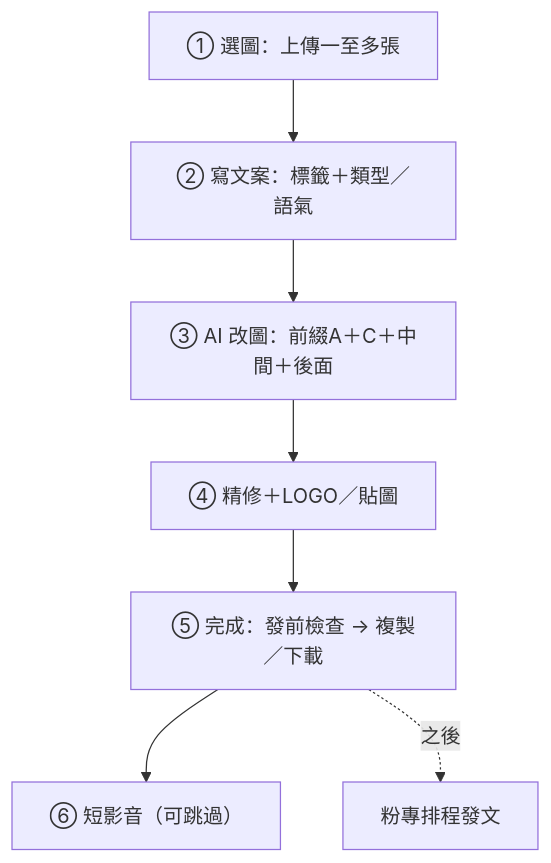
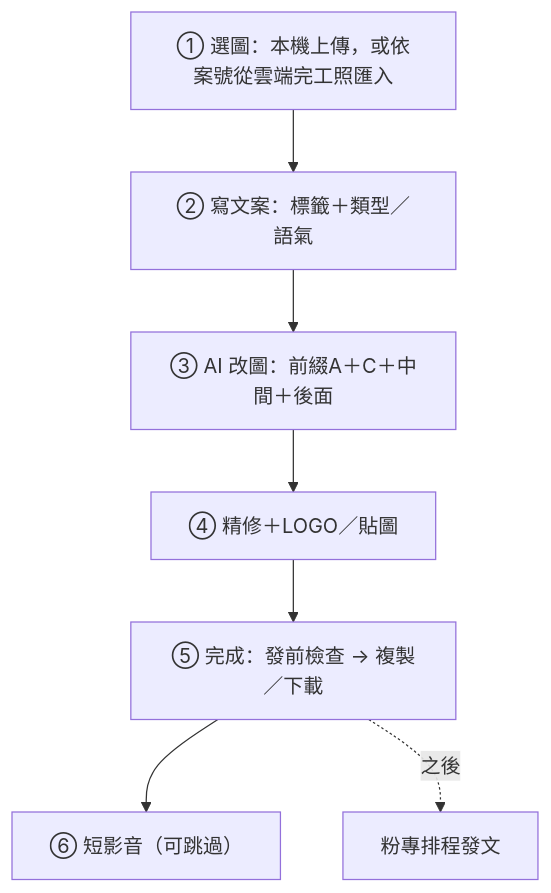
Before and after one commit to nephi4377/liff-checkin: the diagram in SPEC/21_FB_POST_STUDIO_SPEC.md, drawn with Mermaid. The commit also changed other lines of this file and 11 other files, not shown here.

````diff
--- a/SPEC/21_FB_POST_STUDIO_SPEC.md
+++ b/SPEC/21_FB_POST_STUDIO_SPEC.md
@@ -21,9 +35,9 @@
 ```mermaid
 flowchart TB
-  S1["① 選圖：上傳一至多張"] --> S2["② 寫文案：標籤＋類型／語氣"]
+  S1["① 選圖：本機上傳，或依案號從雲端完工照匯入"] --> S2["② 寫文案：標籤＋類型／語氣"]
   S2 --> S3["③ AI 改圖：前綴A＋C＋中間＋後面"]
   S3 --> S4["④ 精修＋LOGO／貼圖"]
   S4 --> S5["⑤ 完成：發前檢查 → 複製／下載"]
   S5 --> S6["⑥ 短影音（可跳過）"]
   S5 -.->|"之後"| Schedule["粉專排程發文"]
 ```
````
